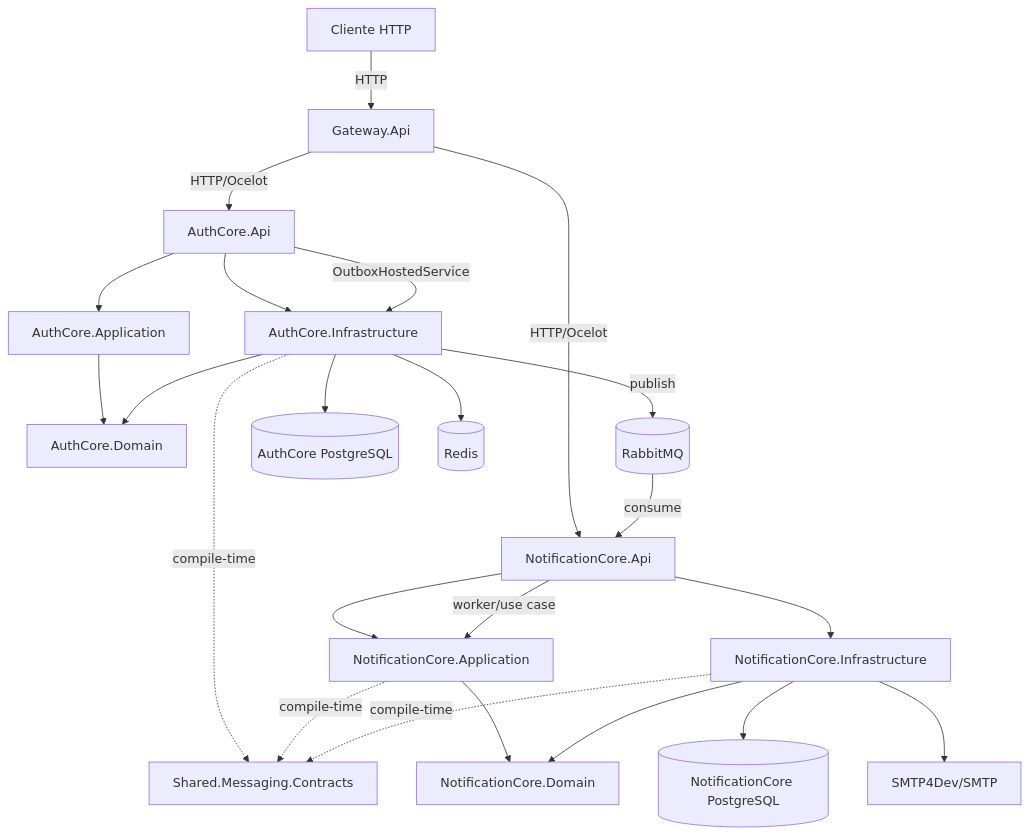
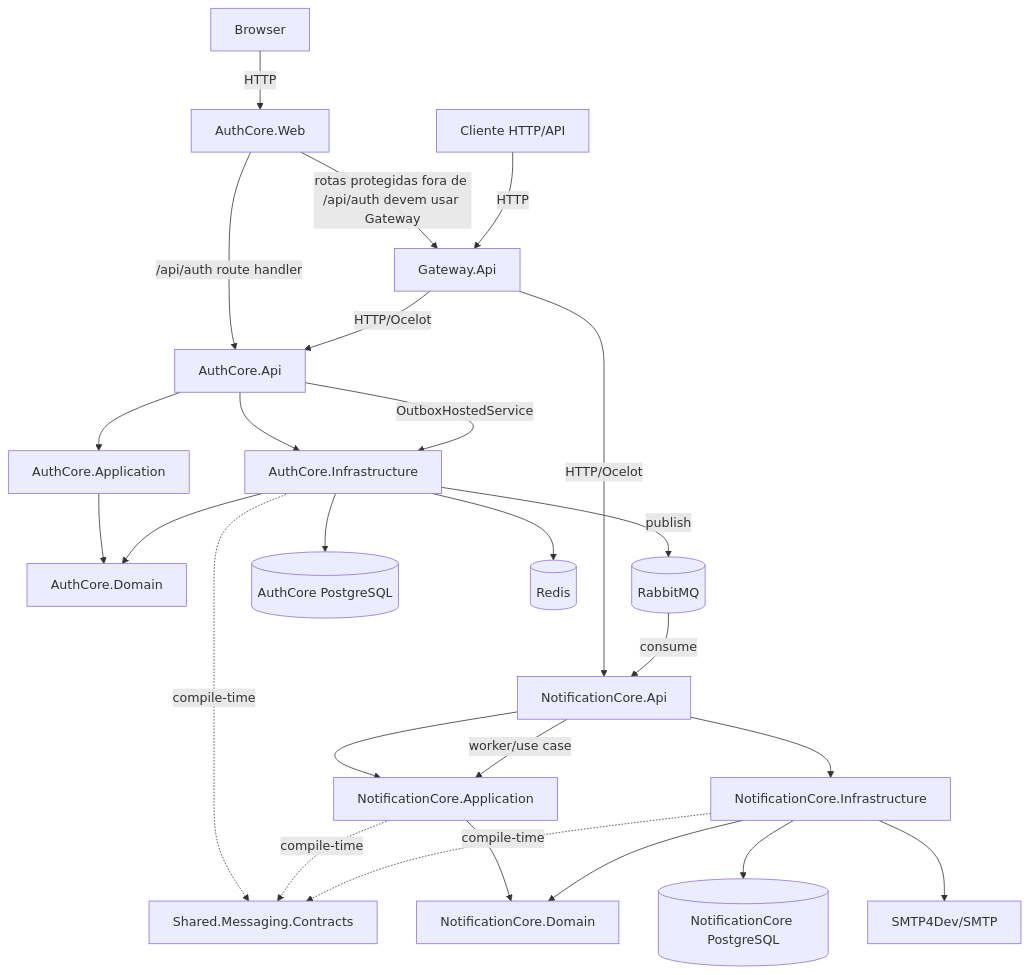
The diagram in README.md (brunopsouz/auth-core-microservices), drawn with Mermaid before and after one commit. The commit also changed other lines of this file and 109 other files, not shown here.

````diff
--- a/README.md
+++ b/README.md
@@ -80,31 +93,34 @@
 ```mermaid
 flowchart TD
-    Client[Cliente HTTP] -->|HTTP| Gateway[Gateway.Api]
+    Browser[Browser] -->|HTTP| Web[AuthCore.Web]
+    Web -->|/api/auth route handler| AuthApi
+    Web -->|rotas protegidas fora de /api/auth devem usar Gateway| Gateway
+    Client[Cliente HTTP/API] -->|HTTP| Gateway[Gateway.Api]
     Gateway -->|HTTP/Ocelot| AuthApi[AuthCore.Api]
     Gateway -->|HTTP/Ocelot| NotificationApi[NotificationCore.Api]
 
     AuthApi --> AuthApplication[AuthCore.Application]
     AuthApi --> AuthInfrastructure[AuthCore.Infrastructure]
     AuthApplication --> AuthDomain[AuthCore.Domain]
     AuthInfrastructure --> AuthDomain
 
     NotificationApi --> NotificationApplication[NotificationCore.Application]
     NotificationApi --> NotificationInfrastructure[NotificationCore.Infrastructure]
     NotificationApplication --> NotificationDomain[NotificationCore.Domain]
     NotificationInfrastructure --> NotificationDomain
 
     AuthInfrastructure -. compile-time .-> Contracts[Shared.Messaging.Contracts]
     NotificationApplication -. compile-time .-> Contracts
     NotificationInfrastructure -. compile-time .-> Contracts
 
     AuthApi -->|OutboxHostedService| AuthInfrastructure
     AuthInfrastructure -->|publish| RabbitMQ[(RabbitMQ)]
     RabbitMQ -->|consume| NotificationApi
     NotificationApi -->|worker/use case| NotificationApplication
 
     AuthInfrastructure --> AuthPostgres[(AuthCore PostgreSQL)]
     AuthInfrastructure --> Redis[(Redis)]
 
     NotificationInfrastructure --> NotificationPostgres[(NotificationCore PostgreSQL)]
     NotificationInfrastructure --> SMTP[SMTP4Dev/SMTP]
 ```
````
